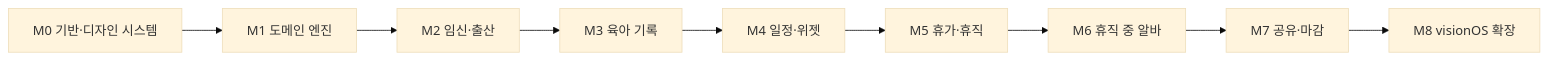
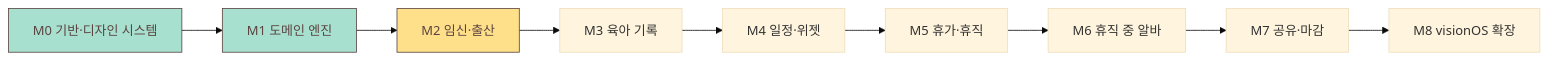
The fifth of 5 diagrams in README.md (kimminung/Nestory), drawn with Mermaid (base theme) before and after one commit. The commit also changed other lines of this file, not shown here.

First line of the commit message:
M1: 도메인 엔진(임신·일정·접종·성장·휴직·소득·알바 경고·알림)

````diff
--- a/README.md
+++ b/README.md
@@ -137,11 +139,13 @@
 ```mermaid
 flowchart LR
-    M0[M0 기반·디자인 시스템] --> M1[M1 도메인 엔진]
-    M1 --> M2[M2 임신·출산]
+    M0[M0 기반·디자인 시스템]:::done --> M1[M1 도메인 엔진]:::done
+    M1 --> M2[M2 임신·출산]:::next
     M2 --> M3[M3 육아 기록]
     M3 --> M4[M4 일정·위젯]
     M4 --> M5[M5 휴가·휴직]
     M5 --> M6[M6 휴직 중 알바]
     M6 --> M7[M7 공유·마감]
     M7 --> M8[M8 visionOS 확장]
+    classDef done fill:#A8E0CF,stroke:#5A4340,color:#5A4340
+    classDef next fill:#FFE08A,stroke:#5A4340,color:#5A4340
 ```
````
